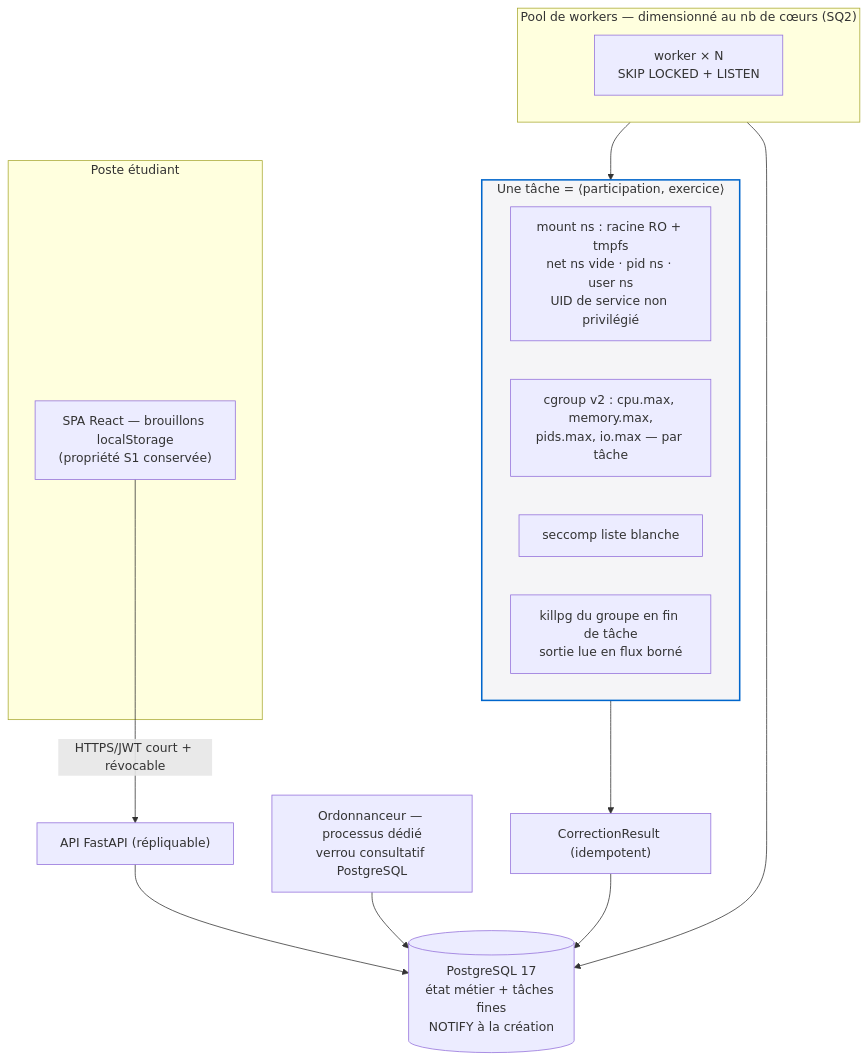
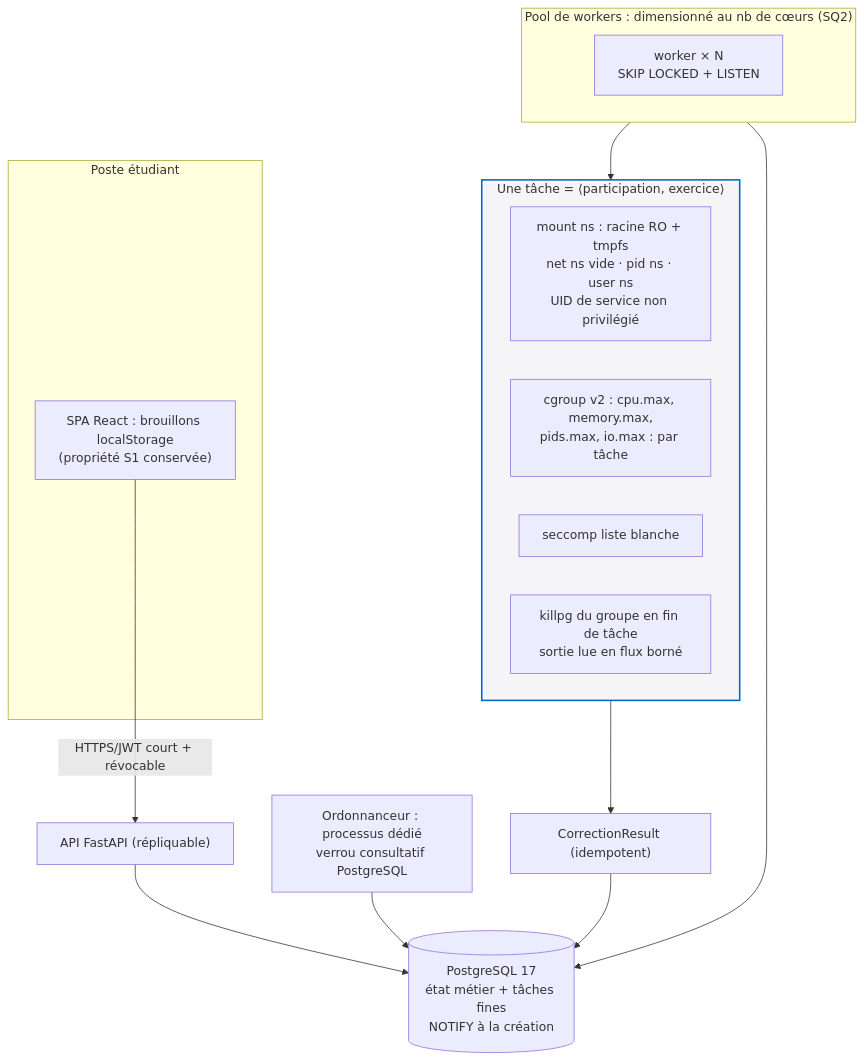
One commit to dagbokady/CodEval changed the eighth of 9 diagrams in docs/recherche/CodEval-Architecture-Research.md. Above: the diagram before and after it, drawn with Mermaid. The commit also changed other lines of this file and 88 other files, not shown here.

````diff
--- a/docs/recherche/CodEval-Architecture-Research.md
+++ b/docs/recherche/CodEval-Architecture-Research.md
@@ -1023,25 +1023,25 @@
 ```mermaid
 graph TB
   subgraph CLIENT["Poste étudiant"]
-    SPA["SPA React — brouillons localStorage<br/>(propriété S1 conservée)"]
+    SPA["SPA React : brouillons localStorage<br/>(propriété S1 conservée)"]
   end
   SPA -->|HTTPS/JWT court + révocable| API["API FastAPI (répliquable)"]
   API --> PG[("PostgreSQL 17<br/>état métier + tâches fines<br/>NOTIFY à la création")]
-  SCHEDULER["Ordonnanceur — processus dédié<br/>verrou consultatif PostgreSQL"] --> PG
+  SCHEDULER["Ordonnanceur : processus dédié<br/>verrou consultatif PostgreSQL"] --> PG
 
-  subgraph POOL["Pool de workers — dimensionné au nb de cœurs (SQ2)"]
+  subgraph POOL["Pool de workers : dimensionné au nb de cœurs (SQ2)"]
     W["worker × N<br/>SKIP LOCKED + LISTEN"]
   end
   POOL --> PG
 
   subgraph TASK["Une tâche = ⟨participation, exercice⟩"]
     NS["mount ns : racine RO + tmpfs<br/>net ns vide · pid ns · user ns<br/>UID de service non privilégié"]
-    CG["cgroup v2 : cpu.max, memory.max,<br/>pids.max, io.max — par tâche"]
+    CG["cgroup v2 : cpu.max, memory.max,<br/>pids.max, io.max : par tâche"]
     SEC["seccomp liste blanche"]
     KILL["killpg du groupe en fin de tâche<br/>sortie lue en flux borné"]
   end
   POOL --> TASK
   TASK --> RES["CorrectionResult (idempotent)"]
   RES --> PG
   style TASK fill:#f5f5f7,stroke:#0066cc,stroke-width:2px
 ```
````
